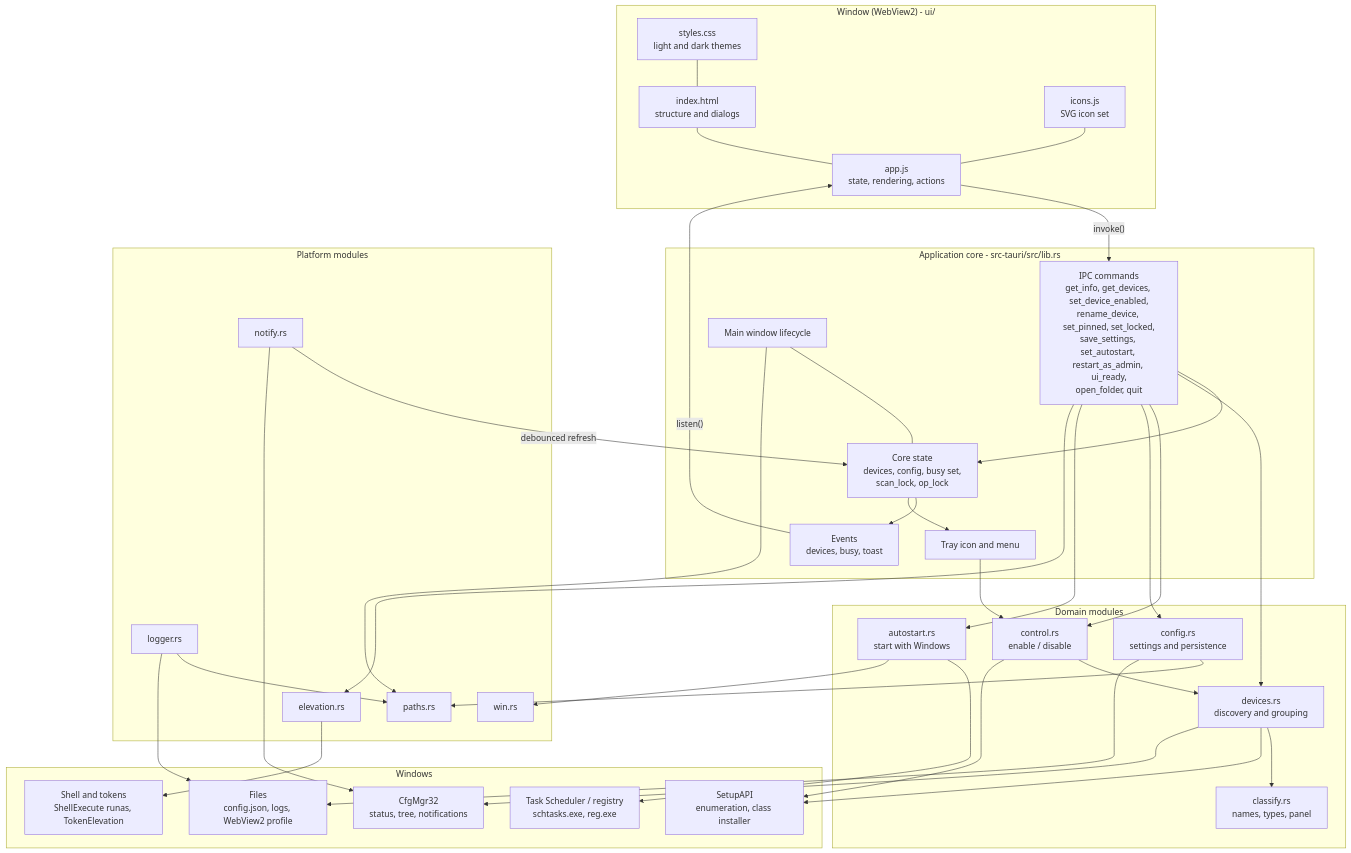
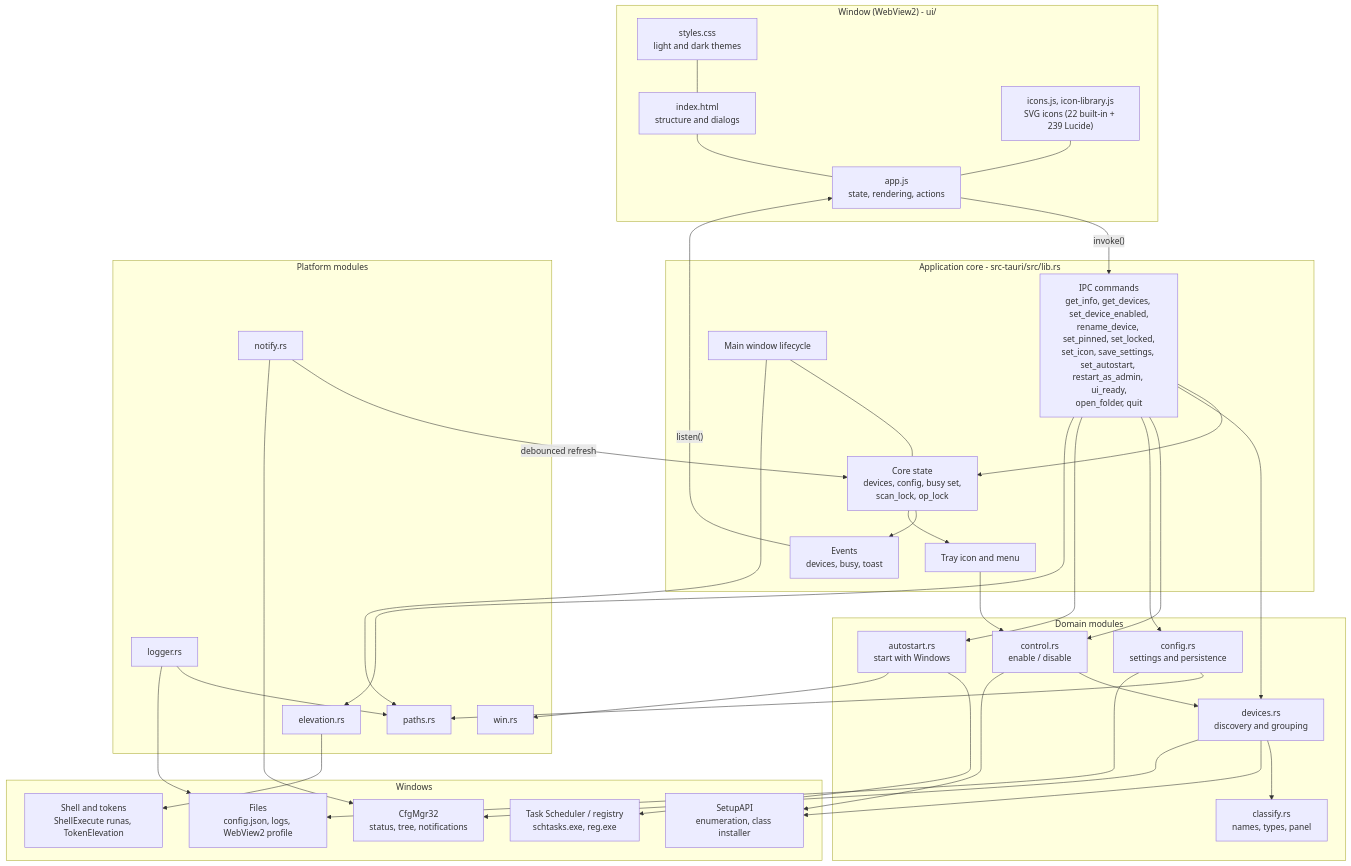
Before and after one commit to kz370/win-utils: the diagram in usbToggle/specs/diagrams/architecture.mmd, drawn with Mermaid. The commit also changed 8 other files, not shown here.

First line of the commit message:
usbToggle: update specs for explicit settings save, device icons and tools

```diff
--- a/usbToggle/specs/diagrams/architecture.mmd
+++ b/usbToggle/specs/diagrams/architecture.mmd
@@ -1,75 +1,75 @@
 %% usbToggle - component architecture
 flowchart TB
     subgraph UI["Window (WebView2) - ui/"]
         HTML["index.html<br/>structure and dialogs"]
         APP["app.js<br/>state, rendering, actions"]
         CSS["styles.css<br/>light and dark themes"]
-        ICONS["icons.js<br/>SVG icon set"]
+        ICONS["icons.js, icon-library.js<br/>SVG icons (22 built-in + 239 Lucide)"]
     end
 
     subgraph CORE["Application core - src-tauri/src/lib.rs"]
-        CMDS["IPC commands<br/>get_info, get_devices, set_device_enabled,<br/>rename_device, set_pinned, set_locked,<br/>save_settings, set_autostart, restart_as_admin, ui_ready,<br/>open_folder, quit"]
+        CMDS["IPC commands<br/>get_info, get_devices, set_device_enabled,<br/>rename_device, set_pinned, set_locked,<br/>set_icon, save_settings, set_autostart, restart_as_admin, ui_ready,<br/>open_folder, quit"]
         STATE["Core state<br/>devices, config, busy set,<br/>scan_lock, op_lock"]
         EVENTS["Events<br/>devices, busy, toast"]
         TRAY["Tray icon and menu"]
         WIN["Main window lifecycle"]
     end
 
     subgraph DOMAIN["Domain modules"]
         DEV["devices.rs<br/>discovery and grouping"]
         CLS["classify.rs<br/>names, types, panel"]
         CTL["control.rs<br/>enable / disable"]
         CFG["config.rs<br/>settings and persistence"]
         AUTO["autostart.rs<br/>start with Windows"]
     end
 
     subgraph PLATFORM["Platform modules"]
         ELEV["elevation.rs"]
         NOTIFY["notify.rs"]
         PATHS["paths.rs"]
         LOG["logger.rs"]
         W32["win.rs"]
     end
 
     subgraph OS["Windows"]
         SETUPAPI["SetupAPI<br/>enumeration, class installer"]
         CFGMGR["CfgMgr32<br/>status, tree, notifications"]
         SCHED["Task Scheduler / registry<br/>schtasks.exe, reg.exe"]
         SHELL["Shell and tokens<br/>ShellExecute runas, TokenElevation"]
         FS["Files<br/>config.json, logs, WebView2 profile"]
     end
 
     APP -- "invoke()" --> CMDS
     EVENTS -- "listen()" --> APP
     HTML --- APP
     CSS --- HTML
     ICONS --- APP
 
     CMDS --> STATE
     STATE --> EVENTS
     STATE --> TRAY
     WIN --- STATE
 
     CMDS --> DEV
     CMDS --> CTL
     CMDS --> CFG
     CMDS --> AUTO
     CMDS --> ELEV
     TRAY --> CTL
     DEV --> CLS
     CTL --> DEV
 
     NOTIFY -- "debounced refresh" --> STATE
     CFG --> PATHS
     LOG --> PATHS
     WIN --> PATHS
 
     DEV --> SETUPAPI
     DEV --> CFGMGR
     CTL --> SETUPAPI
     NOTIFY --> CFGMGR
     AUTO --> SCHED
     AUTO --> W32
     ELEV --> SHELL
     CFG --> FS
     LOG --> FS
```
